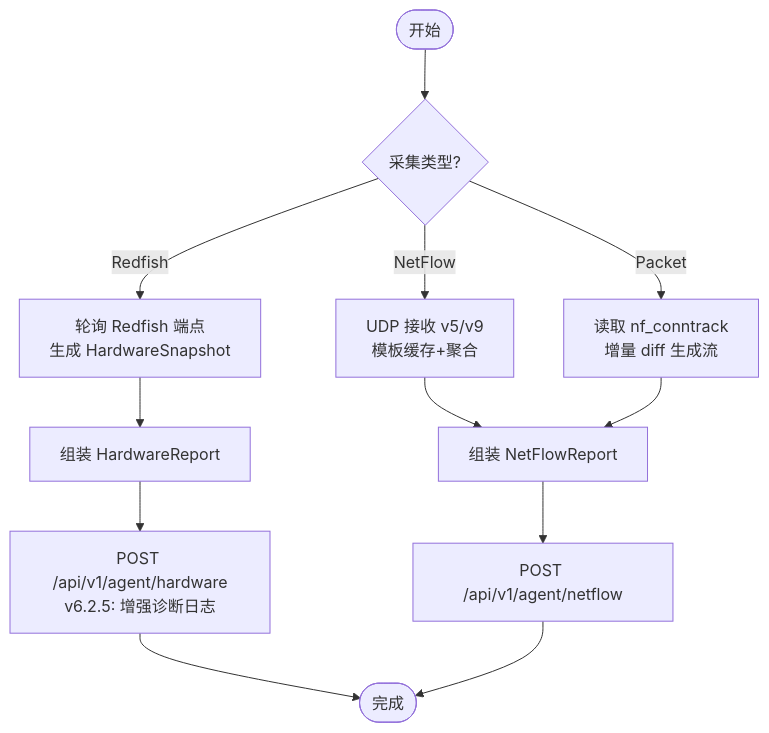
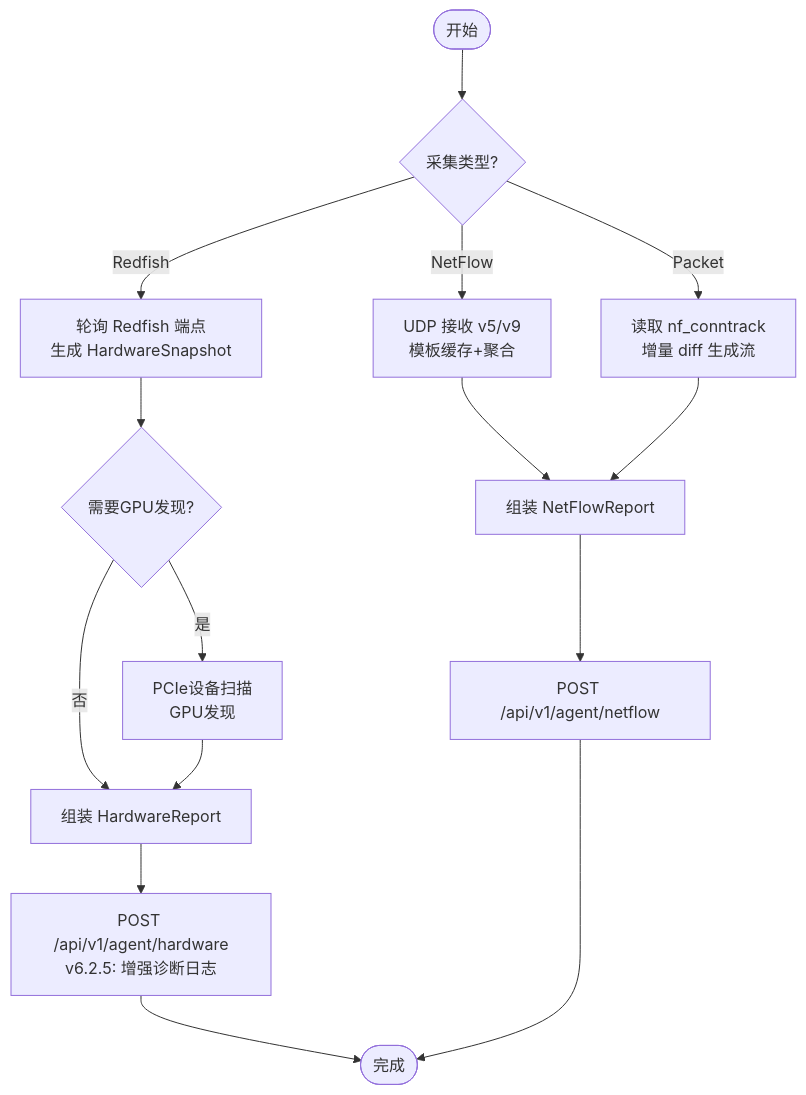
The fifth of 6 diagrams in .qoder/repowiki/zh/content/架构设计/Agent 客户端架构/Redfish硬件采集器.md (sreyun/aiops-monitor), drawn with Mermaid before and after one commit. The commit also changed other lines of this file and 41 other files, not shown here.

````diff
--- a/.qoder/repowiki/zh/content/架构设计/Agent 客户端架构/Redfish硬件采集器.md
+++ b/.qoder/repowiki/zh/content/架构设计/Agent 客户端架构/Redfish硬件采集器.md
@@ -893,14 +940,17 @@
 ```mermaid
 flowchart TD
 Start(["开始"]) --> Mode{"采集类型?"}
 Mode --> |Redfish| RF["轮询 Redfish 端点<br/>生成 HardwareSnapshot"]
 Mode --> |NetFlow| NF["UDP 接收 v5/v9<br/>模板缓存+聚合"]
 Mode --> |Packet| PC["读取 nf_conntrack<br/>增量 diff 生成流"]
-RF --> Report["组装 HardwareReport"]
+RF --> GPUCheck{"需要GPU发现?"}
+GPUCheck --> |是| GPU["PCIe设备扫描<br/>GPU发现"]
+GPUCheck --> |否| Report["组装 HardwareReport"]
+GPU --> Report
 NF --> NFR["组装 NetFlowReport"]
 PC --> NFR
 Report --> PostH["POST /api/v1/agent/hardware<br/>v6.2.5: 增强诊断日志"]
 NFR --> PostN["POST /api/v1/agent/netflow"]
 PostH --> End(["完成"])
 PostN --> End
 ```
````
